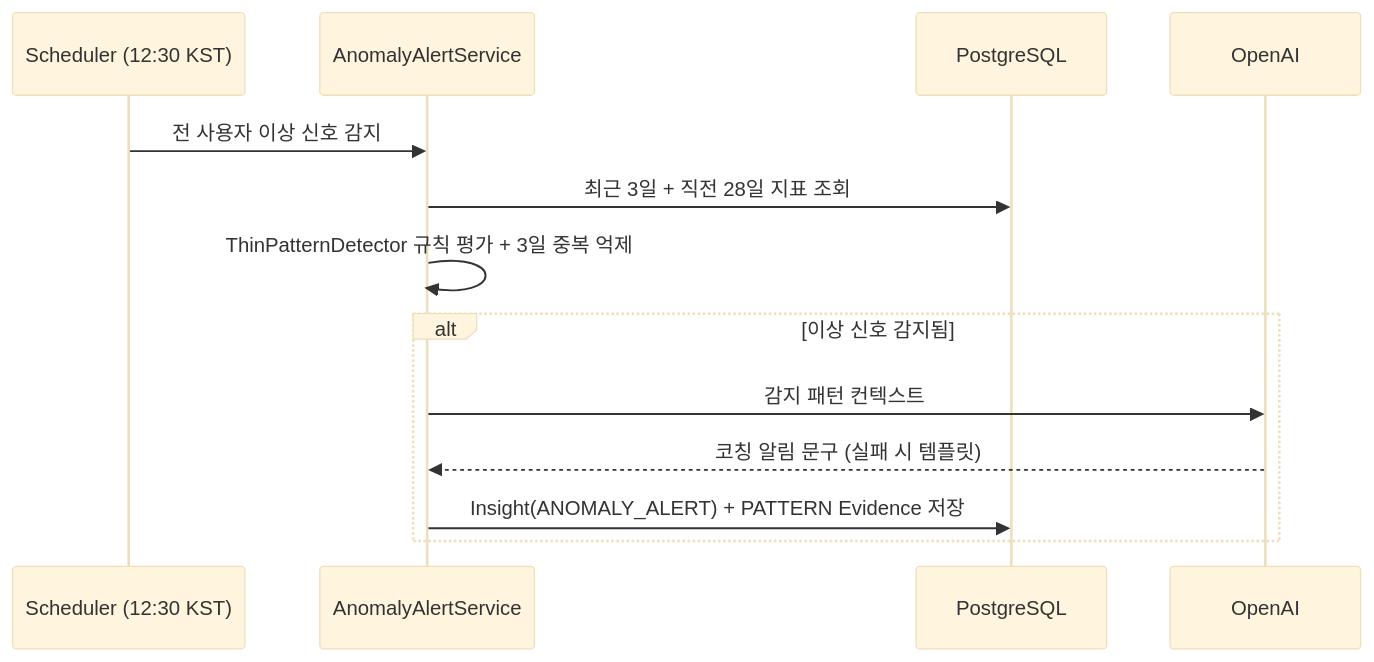
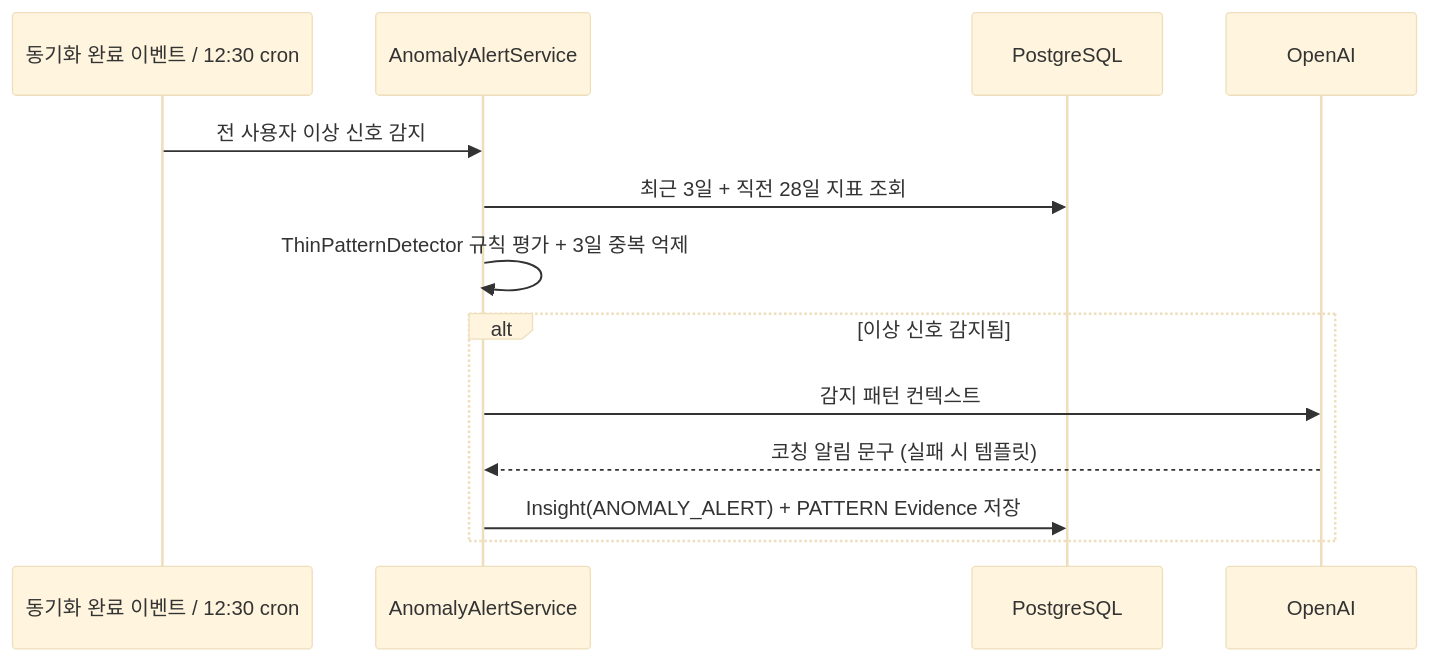
The fifth of 9 diagrams in docs/architecture.md (Hsooooo/personal-insight-os), drawn with Mermaid (base theme) before and after one commit. The commit also changed other lines of this file and 12 other files, not shown here.

````diff
--- a/docs/architecture.md
+++ b/docs/architecture.md
@@ -175,15 +230,15 @@
 ```mermaid
 sequenceDiagram
-    participant SCH as Scheduler (12:30 KST)
+    participant SCH as 동기화 완료 이벤트 / 12:30 cron
     participant BE as AnomalyAlertService
     participant PG as PostgreSQL
     participant OAI as OpenAI
     SCH->>BE: 전 사용자 이상 신호 감지
     BE->>PG: 최근 3일 + 직전 28일 지표 조회
     BE->>BE: ThinPatternDetector 규칙 평가 + 3일 중복 억제
     alt 이상 신호 감지됨
         BE->>OAI: 감지 패턴 컨텍스트
         OAI-->>BE: 코칭 알림 문구 (실패 시 템플릿)
         BE->>PG: Insight(ANOMALY_ALERT) + PATTERN Evidence 저장
     end
 ```
````
